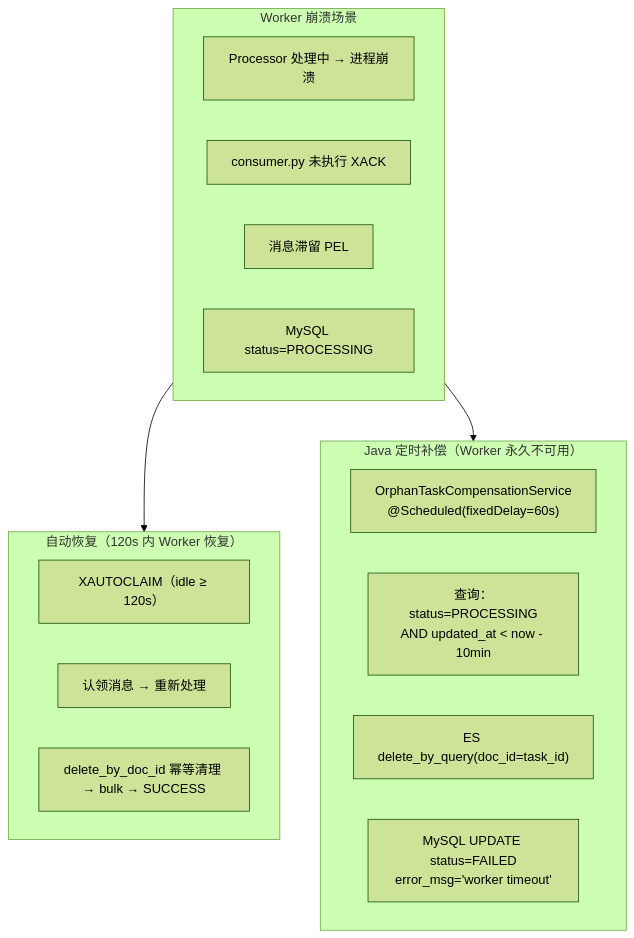
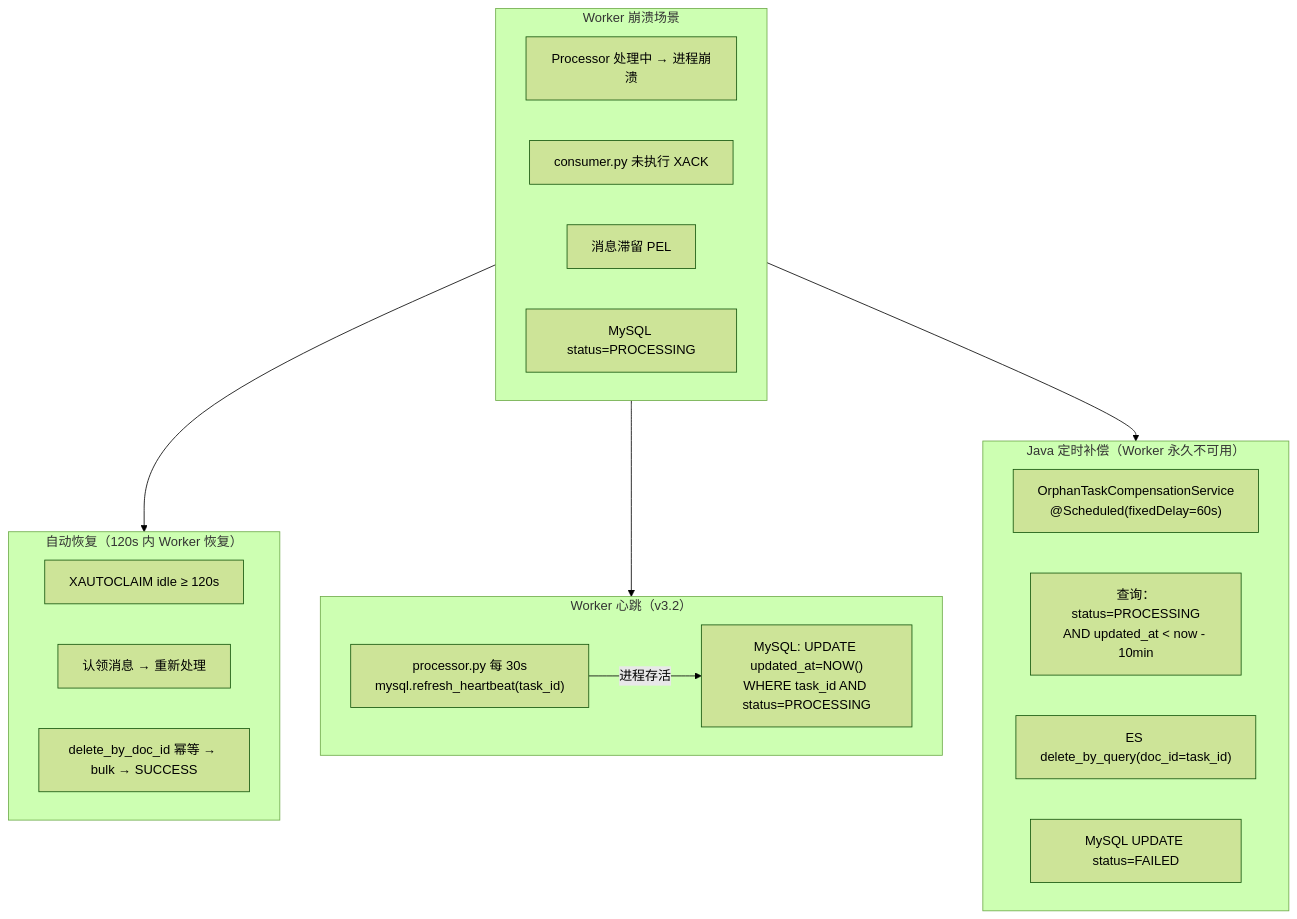
One commit to Yuyu123fish/Fish-Agent changed the third of 3 diagrams in document/模块要点/模块5-知识库闭环与可靠性.md. Above: the diagram before and after it, drawn with Mermaid (forest theme). The commit also changed other lines of this file and 38 other files, not shown here.

````diff
--- a/document/模块要点/模块5-知识库闭环与可靠性.md
+++ b/document/模块要点/模块5-知识库闭环与可靠性.md
@@ -110,25 +107,32 @@
 ```mermaid
 flowchart TD
     subgraph Crash["Worker 崩溃场景"]
         C1["Processor 处理中 → 进程崩溃"]
         C2["consumer.py 未执行 XACK"]
         C3["消息滞留 PEL"]
         C4["MySQL status=PROCESSING"]
     end
 
     subgraph AutoRecover["自动恢复（120s 内 Worker 恢复）"]
-        A1["XAUTOCLAIM（idle ≥ 120s）"]
+        A1["XAUTOCLAIM idle ≥ 120s"]
         A2["认领消息 → 重新处理"]
-        A3["delete_by_doc_id 幂等清理 → bulk → SUCCESS"]
+        A3["delete_by_doc_id 幂等 → bulk → SUCCESS"]
+    end
+
+    subgraph Heartbeat["Worker 心跳（v3.2）"]
+        H1["processor.py 每 30s<br/>mysql.refresh_heartbeat(task_id)"]
+        H2["MySQL: UPDATE updated_at=NOW()<br/>WHERE task_id AND status=PROCESSING"]
     end
 
     subgraph Compensate["Java 定时补偿（Worker 永久不可用）"]
         B1["OrphanTaskCompensationService<br/>@Scheduled(fixedDelay=60s)"]
         B2["查询：status=PROCESSING<br/>AND updated_at < now - 10min"]
         B3["ES delete_by_query(doc_id=task_id)"]
-        B4["MySQL UPDATE status=FAILED<br/>error_msg='worker timeout'"]
+        B4["MySQL UPDATE status=FAILED"]
     end
 
     Crash --> AutoRecover
+    Crash --> Heartbeat
+    H1 -->|进程存活| H2
     Crash --> Compensate
 ```
````
